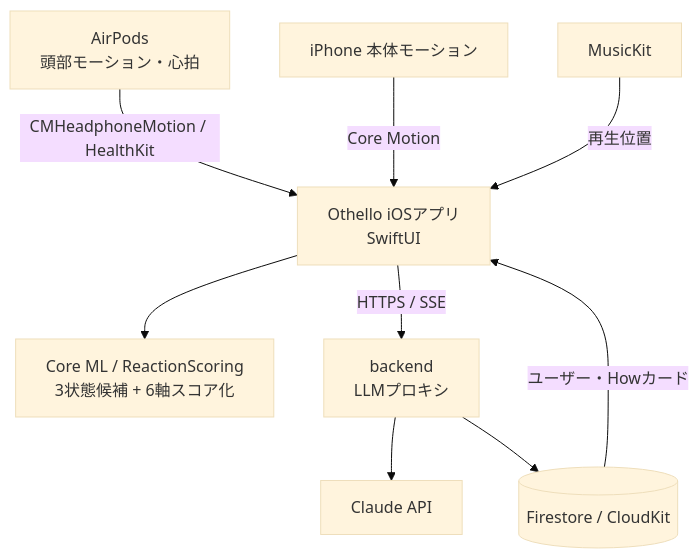
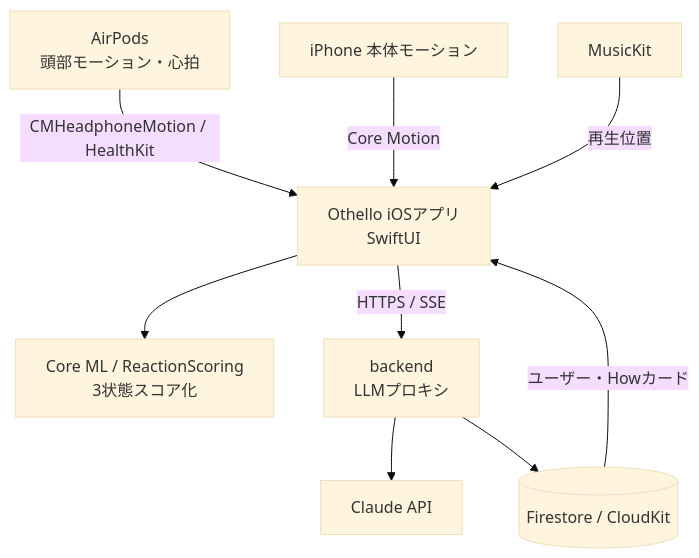
The first of 5 diagrams in docs/functional-design.md (engineer-guild-hackathon-2026-05/team-10), drawn with Mermaid (base theme) before and after one commit. The commit also changed other lines of this file and 33 other files, not shown here.

````diff
--- a/docs/functional-design.md
+++ b/docs/functional-design.md
@@ -7,20 +7,20 @@
 ```mermaid
 graph TB
     AirPods[AirPods<br/>頭部モーション・心拍]
     iPhone[iPhone 本体モーション]
     App[Othello iOSアプリ<br/>SwiftUI]
-    CoreML[Core ML / ReactionScoring<br/>3状態候補 + 6軸スコア化]
+    CoreML[Core ML / ReactionScoring<br/>3状態スコア化]
     BE[backend<br/>LLMプロキシ]
     LLM[Claude API]
     DB[(Firestore / CloudKit)]
     Music[MusicKit]
 
     AirPods -->|CMHeadphoneMotion / HealthKit| App
     iPhone -->|Core Motion| App
     Music -->|再生位置| App
     App --> CoreML
     App -->|HTTPS / SSE| BE
     BE --> LLM
     BE --> DB
     DB -->|ユーザー・Howカード| App
 ```
````
